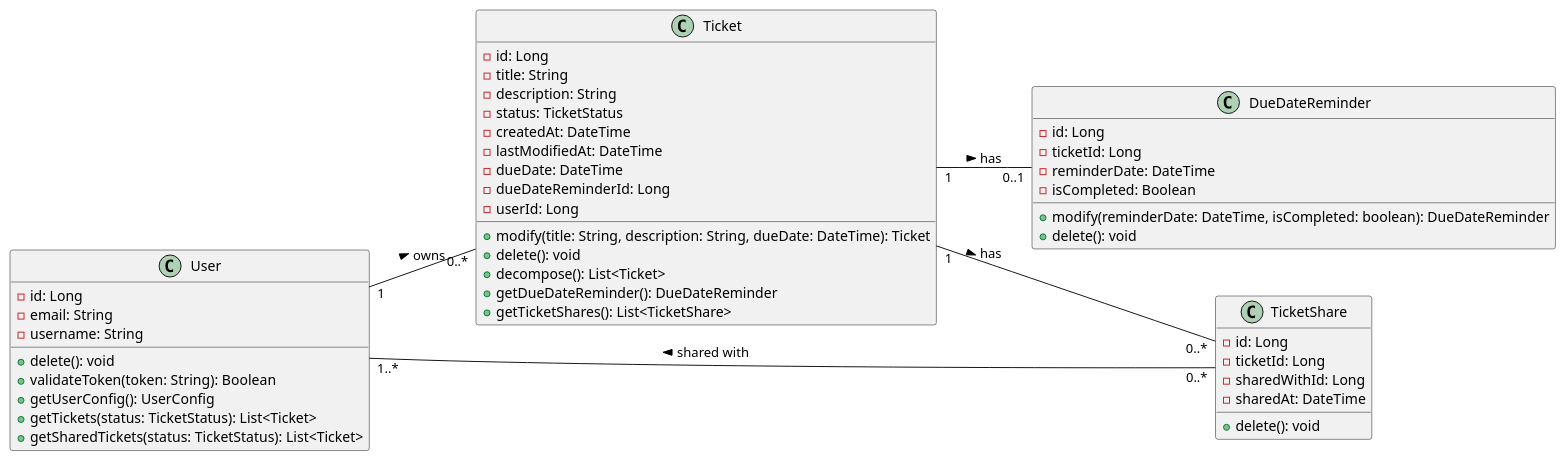
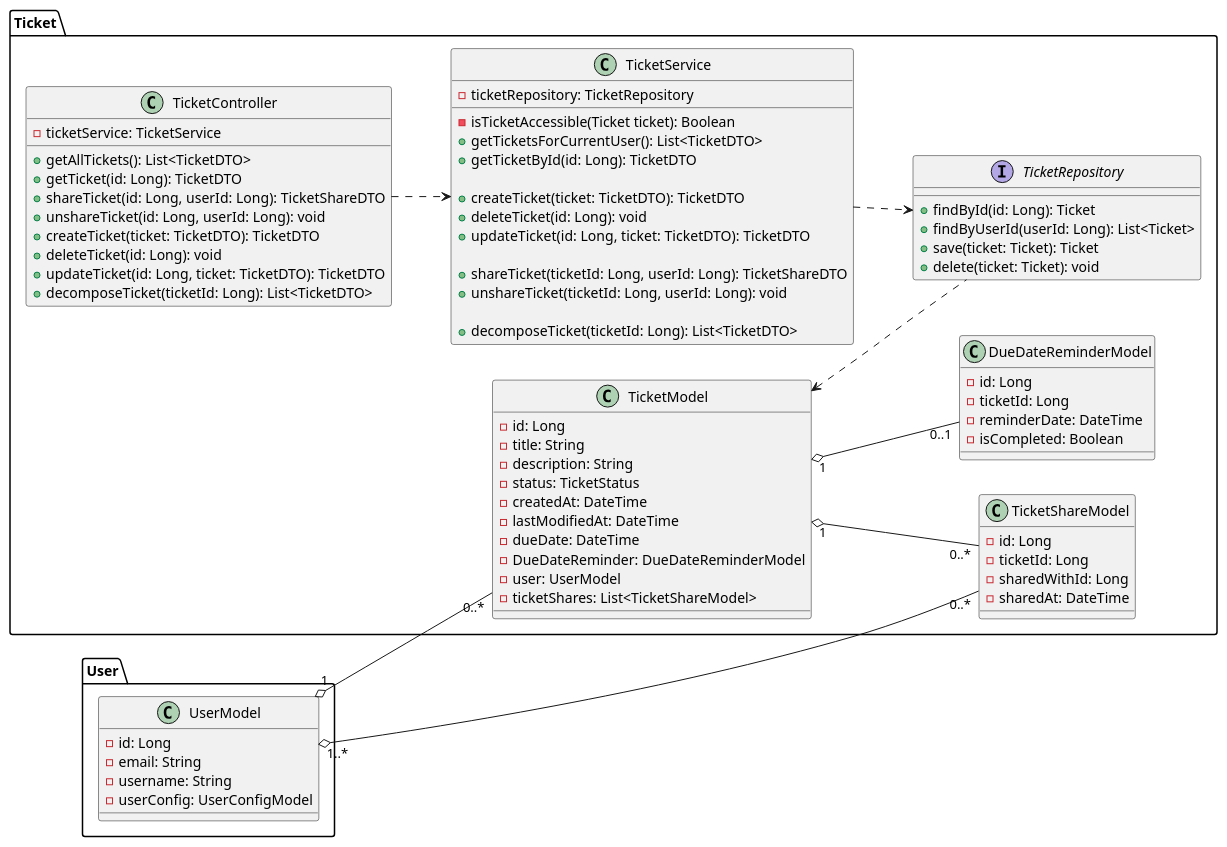
One commit to Dominik-Gubrynowicz/iu-ticket changed the diagram in UML/Class/Ticket.puml. Above: the diagram before and after it, drawn with PlantUML. The commit also changed 57 other files, not shown here.

```diff
--- a/UML/Class/Ticket.puml
+++ b/UML/Class/Ticket.puml
@@ -1,56 +1,87 @@
 @startuml Ticket Management System - Extended Class Diagram
 
 left to right direction
 
-' Define classes with attributes and methods
-class User {
-  -id: Long
-  -email: String
-  -username: String
-  +delete(): void
-  +validateToken(token: String): Boolean
-  +getUserConfig(): UserConfig
-  +getTickets(status: TicketStatus): List<Ticket>
-  +getSharedTickets(status: TicketStatus): List<Ticket>
+package "Ticket" {
+  class TicketController {
+    -ticketService: TicketService
+    +getAllTickets(): List<TicketDTO>
+    +getTicket(id: Long): TicketDTO
+    +shareTicket(id: Long, userId: Long): TicketShareDTO
+    +unshareTicket(id: Long, userId: Long): void
+    +createTicket(ticket: TicketDTO): TicketDTO
+    +deleteTicket(id: Long): void
+    +updateTicket(id: Long, ticket: TicketDTO): TicketDTO
+    +decomposeTicket(ticketId: Long): List<TicketDTO>
+  }
+
+  class TicketService {
+    -ticketRepository: TicketRepository
+    -isTicketAccessible(Ticket ticket): Boolean
+    +getTicketsForCurrentUser(): List<TicketDTO>
+    +getTicketById(id: Long): TicketDTO
+
+    +createTicket(ticket: TicketDTO): TicketDTO
+    +deleteTicket(id: Long): void
+    +updateTicket(id: Long, ticket: TicketDTO): TicketDTO
+
+    +shareTicket(ticketId: Long, userId: Long): TicketShareDTO
+    +unshareTicket(ticketId: Long, userId: Long): void
+
+    +decomposeTicket(ticketId: Long): List<TicketDTO>
+  }
+
+  interface TicketRepository {
+    +findById(id: Long): Ticket
+    +findByUserId(userId: Long): List<Ticket>
+    +save(ticket: Ticket): Ticket
+    +delete(ticket: Ticket): void
+  }
+
+  class TicketModel {
+    -id: Long
+    -title: String
+    -description: String
+    -status: TicketStatus
+    -createdAt: DateTime
+    -lastModifiedAt: DateTime
+    -dueDate: DateTime
+    -DueDateReminder: DueDateReminderModel
+    -user: UserModel
+    -ticketShares: List<TicketShareModel>
+  }
+
+  class TicketShareModel {
+    -id: Long
+    -ticketId: Long
+    -sharedWithId: Long
+    -sharedAt: DateTime
+  }
+  class DueDateReminderModel {
+    -id: Long
+    -ticketId: Long
+    -reminderDate: DateTime
+    -isCompleted: Boolean
+  }
 }
 
-class Ticket {
-  -id: Long
-  -title: String
-  -description: String
-  -status: TicketStatus
-  -createdAt: DateTime
-  -lastModifiedAt: DateTime
-  -dueDate: DateTime
-  -dueDateReminderId: Long
-  -userId: Long
-  +modify(title: String, description: String, dueDate: DateTime): Ticket
-  +delete(): void
-  +decompose(): List<Ticket>
-  +getDueDateReminder(): DueDateReminder
-  +getTicketShares(): List<TicketShare>
+
+package "User" {
+  class UserModel {
+    -id: Long
+    -email: String
+    -username: String
+    -userConfig: UserConfigModel
+  }
 }
 
-class TicketShare {
-  -id: Long
-  -ticketId: Long
-  -sharedWithId: Long
-  -sharedAt: DateTime
-  +delete(): void
-}
+UserModel "1" o-- "0..*" TicketModel
+TicketModel "1" o-- "0..*" TicketShareModel
+UserModel "1..*" o-- "0..*" TicketShareModel
+TicketModel "1" o-- "0..1" DueDateReminderModel
 
-class DueDateReminder {
-  -id: Long
-  -ticketId: Long
-  -reminderDate: DateTime
-  -isCompleted: Boolean
-  +modify(reminderDate: DateTime, isCompleted: boolean): DueDateReminder
-  +delete(): void
-} 
-
-User "1" -- "0..*" Ticket : owns >
-Ticket "1" -- "0..*" TicketShare : has >
-User "1..*" -- "0..*" TicketShare : shared with <
-Ticket "1" -- "0..1" DueDateReminder : has >
+TicketModel <.. TicketRepository
+TicketService ..> TicketRepository
+TicketController ..> TicketService
 
 @enduml
```
